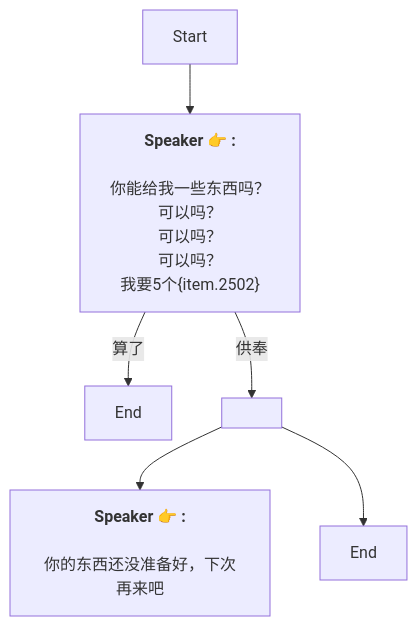
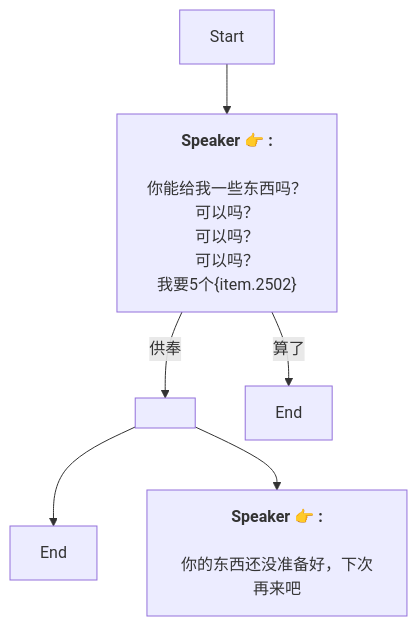
Before and after one commit to SoftHu/tos_avg: the diagram in Zh/Altar.md, drawn with Mermaid. The commit also changed other lines of this file and 780 other files, not shown here.

````diff
--- a/Zh/Altar.md
+++ b/Zh/Altar.md
@@ -1,11 +1,11 @@
 ```mermaid
 graph
 Start -->1747217079082489[<b>Speaker 👉 :</b>
 \n你能给我一些东西吗？\n可以吗？\n可以吗？\n可以吗？\n我要5个&lbrace;item.2502&rbrace;]
+1747217079082489 -->|供奉|1747217426350592[ ]
 1747217079082489 -->|算了|1747217418224127[End]
-1747217079082489 -->|供奉|1747217426350592[ ]
+1747217426350592 -->1747217504330242[End]
 1747217426350592 -->1747217442807297[<b>Speaker 👉 :</b>
 \n你的东西还没准备好，下次再来吧]
-1747217426350592 -->1747217504330242[End]
 
 ```
````
